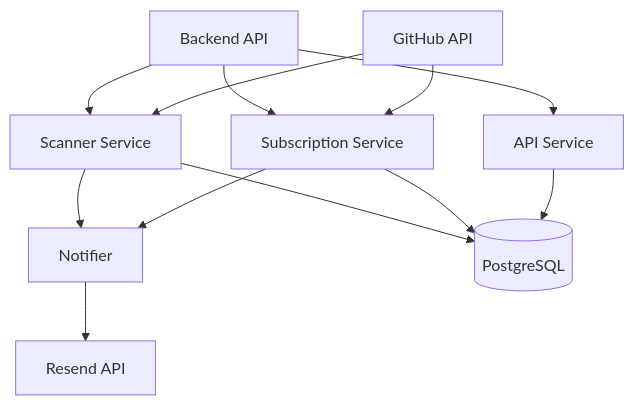
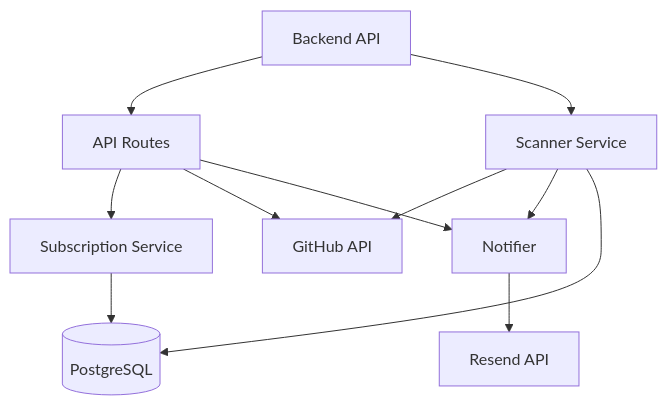
Before and after one commit to GenesisEducationKyiv/software-engineering-school-6-0-ExLyD1: the first of 3 diagrams in docs/SDD.md, drawn with Mermaid.

Commit message:
fix: correct high-level architecture diagram in SDD

````diff
--- a/docs/SDD.md
+++ b/docs/SDD.md
@@ -85,16 +85,16 @@
 ```mermaid
 graph TD
-    GW[Backend API] --> SubscriptionService[Subscription Service]
+    GW[Backend API] --> APIService[API Routes]
     GW --> ScannerService[Scanner Service]
-    GW --> APIService[API Service]
 
-    GitHubAPI[GitHub API] --> ScannerService
-    GitHubAPI --> SubscriptionService
-    ScannerService --> Notifier[Notifier]
-    SubscriptionService --> Notifier
+    APIService --> SubscriptionService[Subscription Service]
+    APIService --> GitHubAPI[GitHub API]
+    APIService --> Notifier[Notifier]
+
+    ScannerService --> GitHubAPI
+    ScannerService --> Notifier
+    ScannerService --> DB[(PostgreSQL)]
+
+    SubscriptionService --> DB
     Notifier --> ResendAPI[Resend API]
-
-    ScannerService --> DB
-    SubscriptionService --> DB[(PostgreSQL)]
-    APIService --> DB
 ```
````
